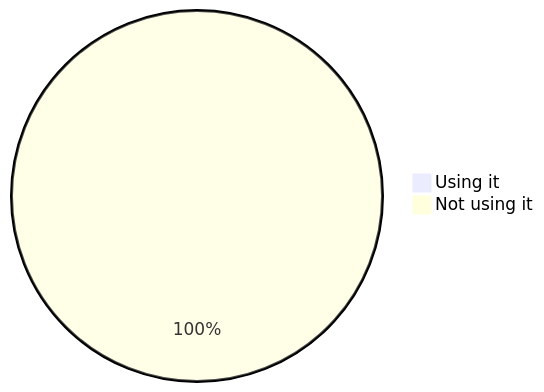
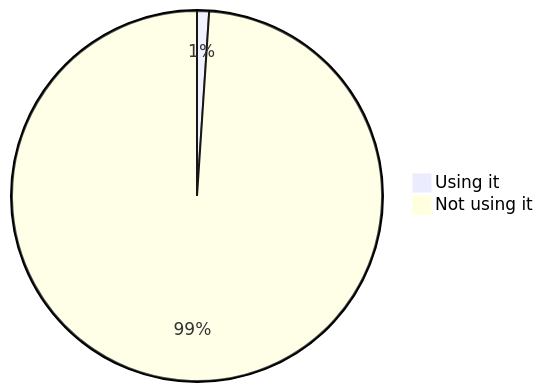
The sixth of 22 diagrams in stats.md (oshp/oshp-stats), drawn with Mermaid before and after one commit. The commit also changed other lines of this file, not shown here.

````diff
--- a/stats.md
+++ b/stats.md
@@ -70,6 +70,6 @@
 ```mermaid
 pie
-	"Using it" : 0.27
-	"Not using it" : 99.73
+	"Using it" : 1.05
+	"Not using it" : 98.95
 
 ```
````
